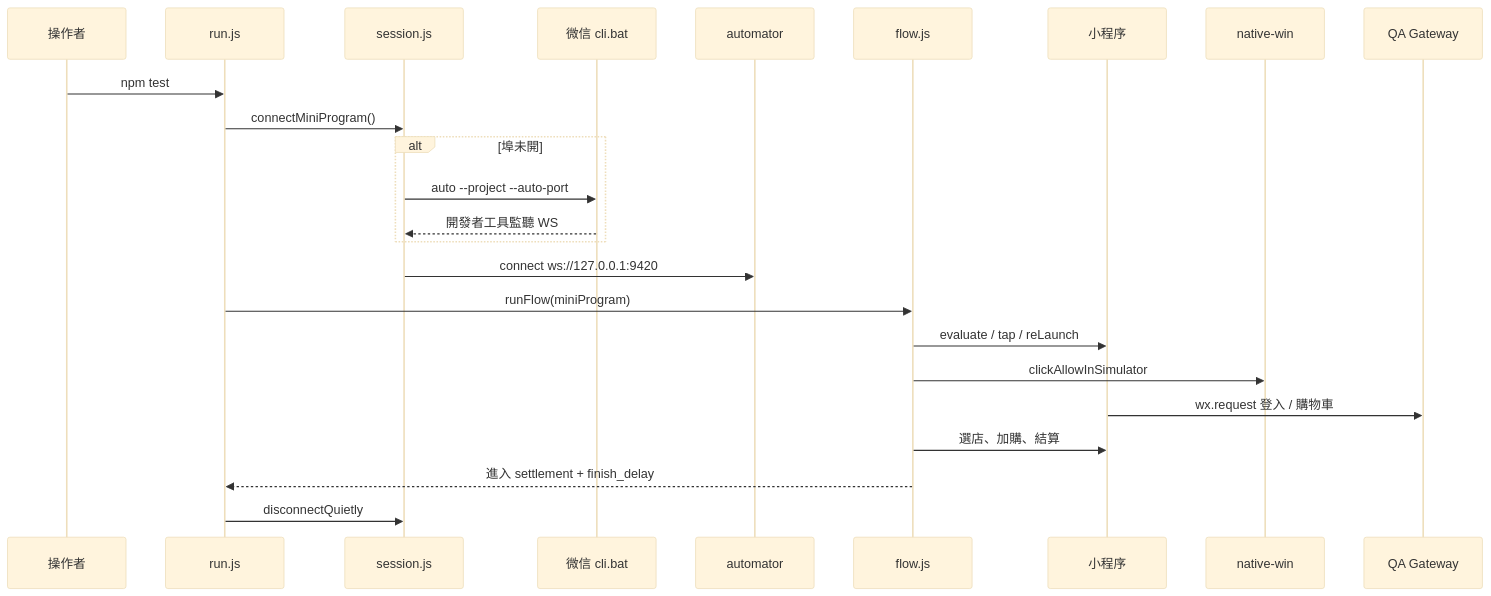
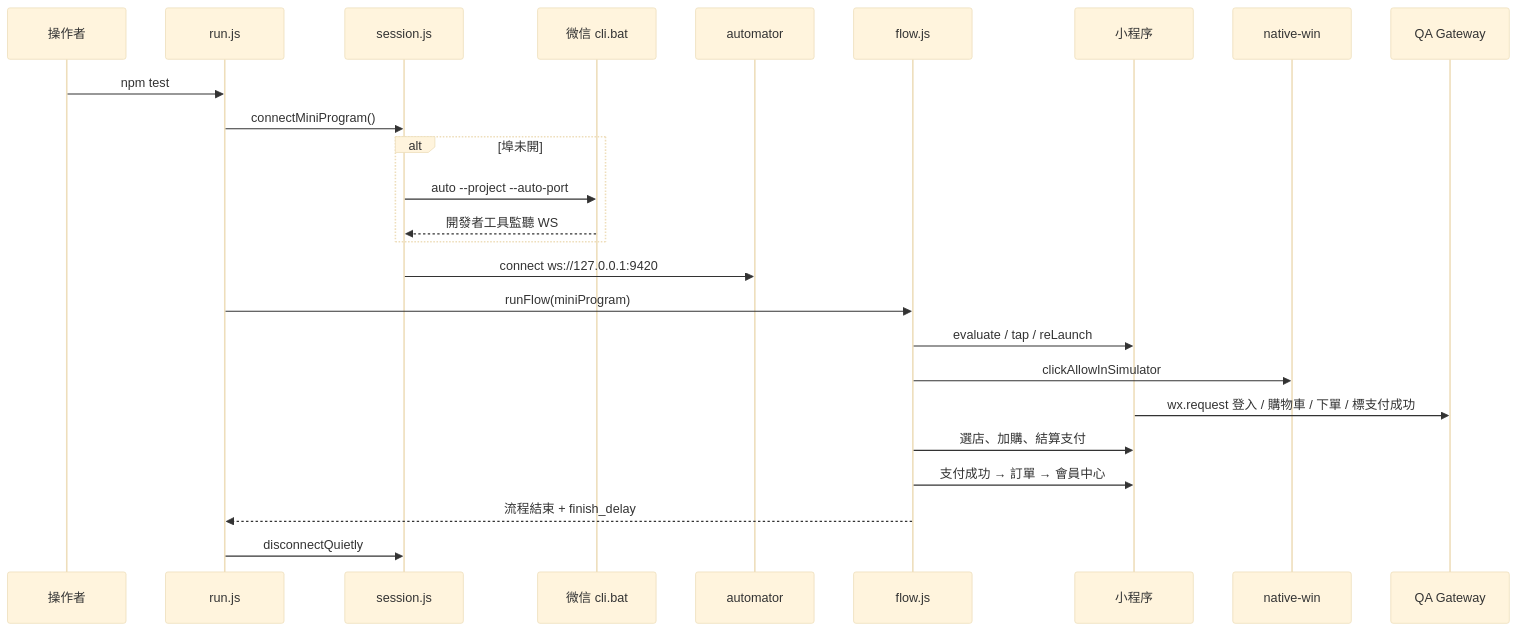
One commit to harlin2026/QA changed the second of 3 diagrams in docs/architecture.md. Above: the diagram before and after it, drawn with Mermaid (base theme). The commit also changed other lines of this file and 13 other files, not shown here.

````diff
--- a/docs/architecture.md
+++ b/docs/architecture.md
@@ -148,27 +148,28 @@
 ```mermaid
 sequenceDiagram
   participant Op as 操作者
   participant Run as run.js
   participant Sess as session.js
   participant CLI as 微信 cli.bat
   participant Auto as automator
   participant Flow as flow.js
   participant MP as 小程序
   participant Nat as native-win
   participant API as QA Gateway
 
   Op->>Run: npm test
   Run->>Sess: connectMiniProgram()
   alt 埠未開
     Sess->>CLI: auto --project --auto-port
     CLI-->>Sess: 開發者工具監聽 WS
   end
   Sess->>Auto: connect ws://127.0.0.1:9420
   Run->>Flow: runFlow(miniProgram)
   Flow->>MP: evaluate / tap / reLaunch
   Flow->>Nat: clickAllowInSimulator
-  MP->>API: wx.request 登入 / 購物車
-  Flow->>MP: 選店、加購、結算
-  Flow-->>Run: 進入 settlement + finish_delay
+  MP->>API: wx.request 登入 / 購物車 / 下單 / 標支付成功
+  Flow->>MP: 選店、加購、結算支付
+  Flow->>MP: 支付成功 → 訂單 → 會員中心
+  Flow-->>Run: 流程結束 + finish_delay
   Run->>Sess: disconnectQuietly
 ```
````
